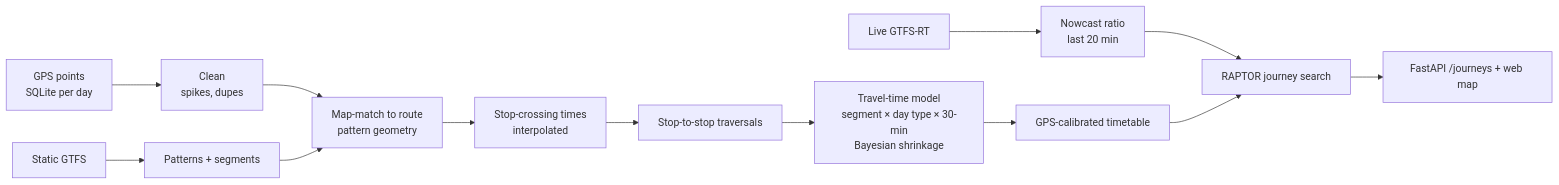
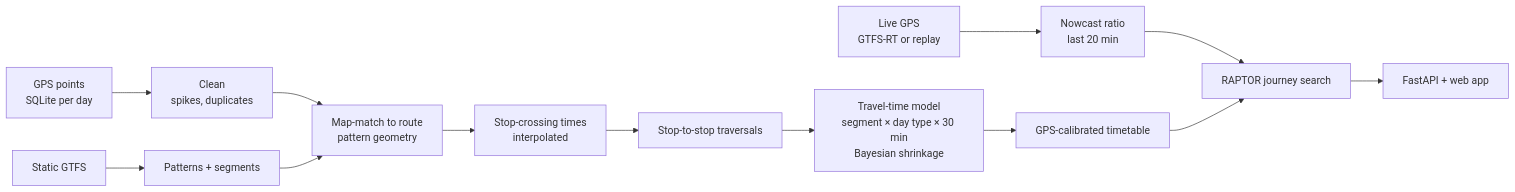
The diagram in README.md (madhesh935/safar-delhi-bus), drawn with Mermaid before and after one commit. The commit also changed other lines of this file and 2 other files, not shown here.

````diff
--- a/README.md
+++ b/README.md
@@ -57,15 +62,15 @@
 ```mermaid
 flowchart LR
-  A[GPS points<br/>SQLite per day] --> B[Clean<br/>spikes, dupes]
+  A[GPS points<br/>SQLite per day] --> B[Clean<br/>spikes, duplicates]
   B --> C[Map-match to route<br/>pattern geometry]
   C --> D[Stop-crossing times<br/>interpolated]
   D --> E[Stop-to-stop traversals]
   G[Static GTFS] --> P[Patterns + segments]
   P --> C
-  E --> M[Travel-time model<br/>segment × day type × 30-min<br/>Bayesian shrinkage]
-  R[Live GTFS-RT] --> N[Nowcast ratio<br/>last 20 min]
+  E --> M[Travel-time model<br/>segment × day type × 30 min<br/>Bayesian shrinkage]
   M --> T[GPS-calibrated timetable]
+  R[Live GPS<br/>GTFS-RT or replay] --> N[Nowcast ratio<br/>last 20 min]
   N --> J
   T --> J[RAPTOR journey search]
-  J --> API[FastAPI /journeys + web map]
+  J --> API[FastAPI + web app]
 ```
````
